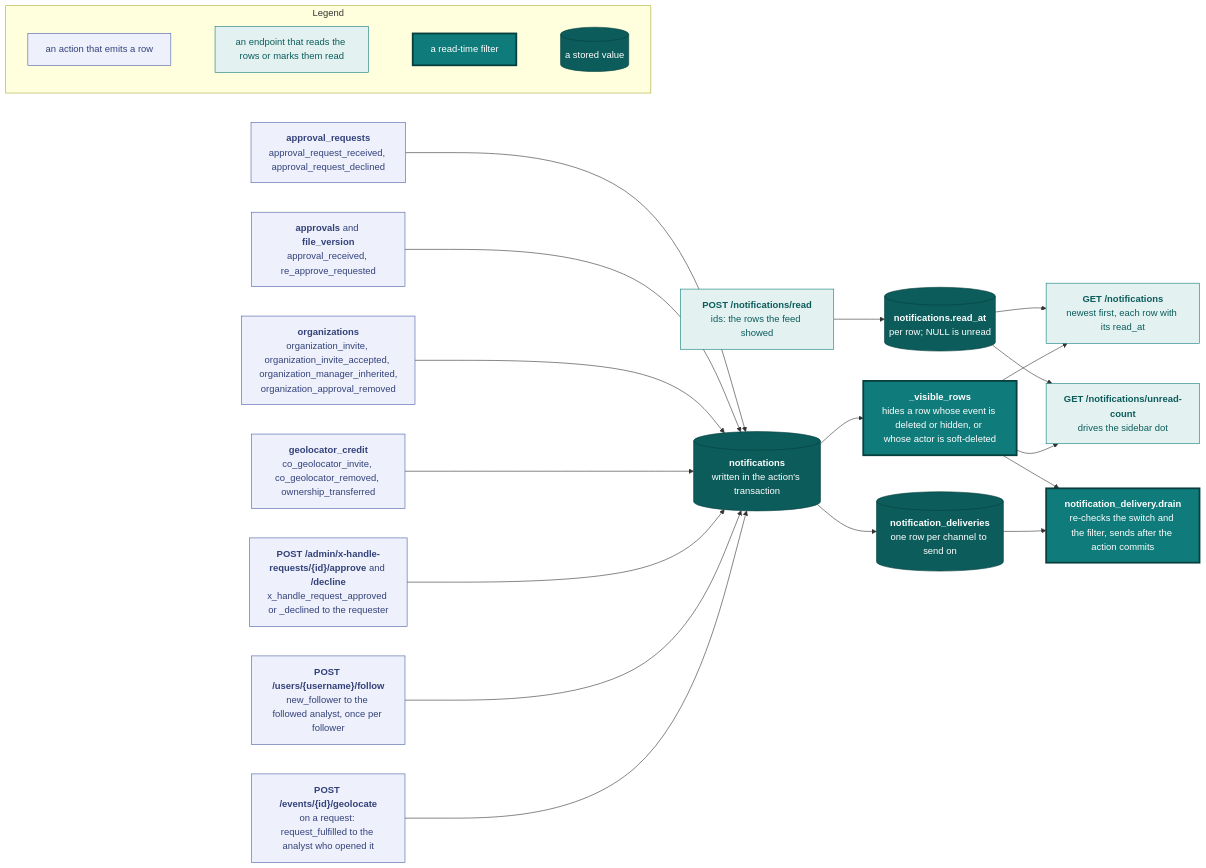
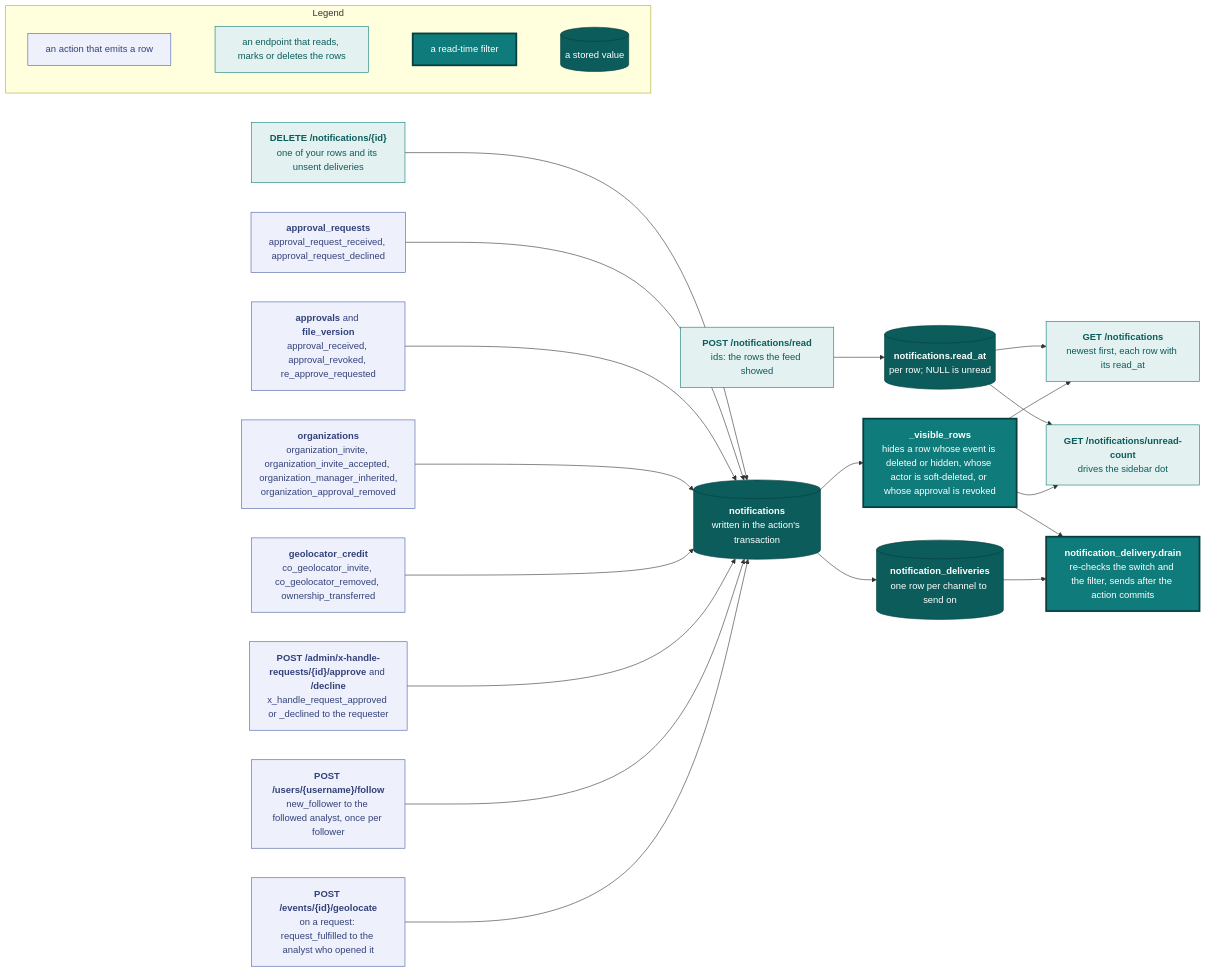
One commit to vidithq/vidit changed the seventh of 8 diagrams in docs/api.md. Above: the diagram before and after it, drawn with Mermaid. The commit also changed other lines of this file and 132 other files, not shown here.

````diff
--- a/docs/api.md
+++ b/docs/api.md
@@ -2542,64 +2551,67 @@
 ```mermaid
 flowchart LR
   classDef spec fill:#eef1fb,stroke:#4a5fa5,color:#33417a
   classDef shared fill:#e3f2f1,stroke:#0f7b7a,color:#0b5c5b
   classDef core fill:#0f7b7a,stroke:#083f3e,stroke-width:3px,color:#ffffff
   classDef store fill:#0b5c5b,stroke:#083f3e,color:#ffffff
 
   subgraph legend [Legend]
     direction LR
     l1["`an action that emits a row`"]:::spec
-    l2["`an endpoint that reads the rows or marks them read`"]:::shared
+    l2["`an endpoint that reads, marks or deletes the rows`"]:::shared
     l3["`a read-time filter`"]:::core
     l4[("`a stored value`")]:::store
     l1 ~~~ l2 ~~~ l3 ~~~ l4
   end
 
   geolocate["`**POST /events/{id}/geolocate**
   on a request: request_fulfilled to the analyst who opened it`"]:::spec
   follow["`**POST /users/{username}/follow**
   new_follower to the followed analyst, once per follower`"]:::spec
   xhandle["`**POST /admin/x-handle-requests/{id}/approve** and **/decline**
   x_handle_request_approved or _declined to the requester`"]:::spec
   credit["`**geolocator_credit**
   co_geolocator_invite, co_geolocator_removed, ownership_transferred`"]:::spec
   orgs["`**organizations**
   organization_invite, organization_invite_accepted, organization_manager_inherited,
   organization_approval_removed`"]:::spec
   approvals["`**approvals** and **file_version**
-  approval_received, re_approve_requested`"]:::spec
+  approval_received, approval_revoked, re_approve_requested`"]:::spec
   reviews["`**approval_requests**
   approval_request_received, approval_request_declined`"]:::spec
   rows[("`**notifications**
   written in the action's transaction`")]:::store
   visible["`**_visible_rows**
-  hides a row whose event is deleted or hidden, or whose actor is soft-deleted`"]:::core
+  hides a row whose event is deleted or hidden, whose actor is soft-deleted, or whose approval is revoked`"]:::core
   feed["`**GET /notifications**
   newest first, each row with its read_at`"]:::shared
   count["`**GET /notifications/unread-count**
   drives the sidebar dot`"]:::shared
   read["`**POST /notifications/read**
   ids: the rows the feed showed`"]:::shared
+  delete["`**DELETE /notifications/{id}**
+  one of your rows and its unsent deliveries`"]:::shared
   readat[("`**notifications.read_at**
   per row; NULL is unread`")]:::store
   queue[("`**notification_deliveries**
   one row per channel to send on`")]:::store
   worker["`**notification_delivery.drain**
   re-checks the switch and the filter, sends after the action commits`"]:::core
 
   geolocate --> rows
   follow --> rows
   xhandle --> rows
   credit --> rows
   orgs --> rows
   approvals --> rows
   reviews --> rows
   rows --> visible
   visible --> feed
   visible --> count
   read --> readat
   readat --> count
   readat --> feed
   rows --> queue --> worker
   visible --> worker
+  delete --> rows
 ```
````
